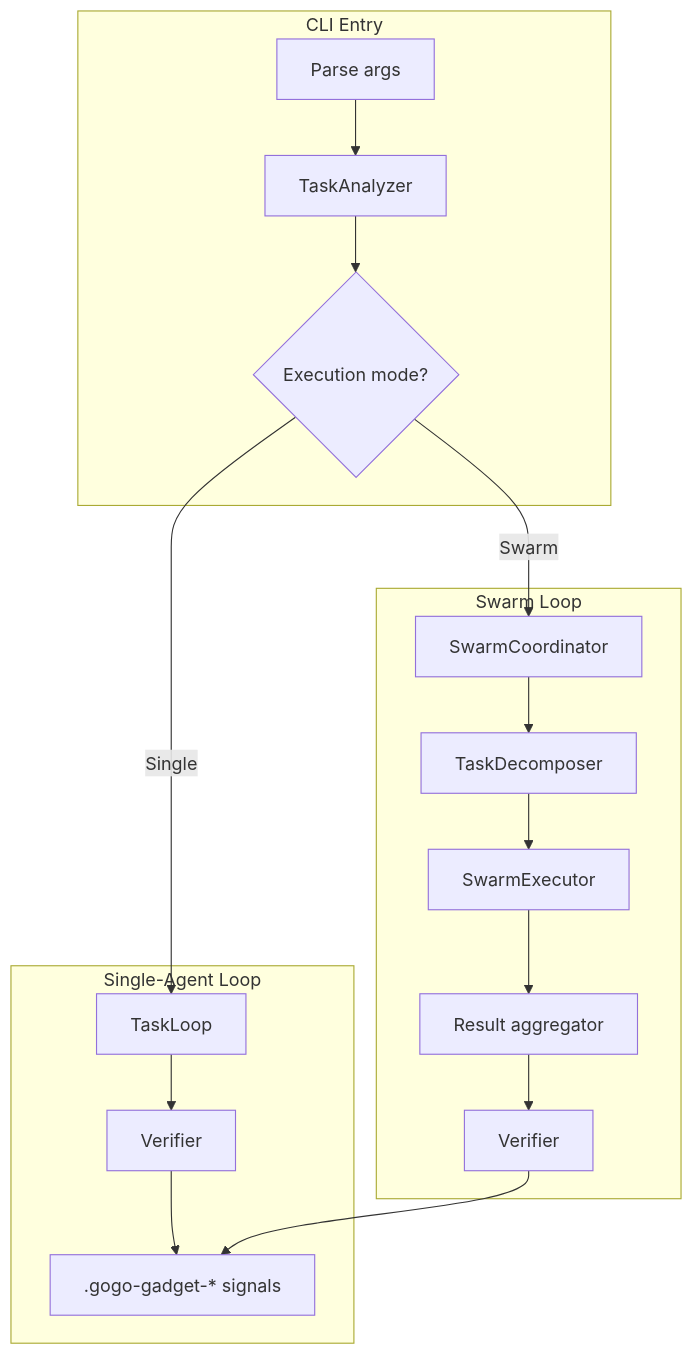
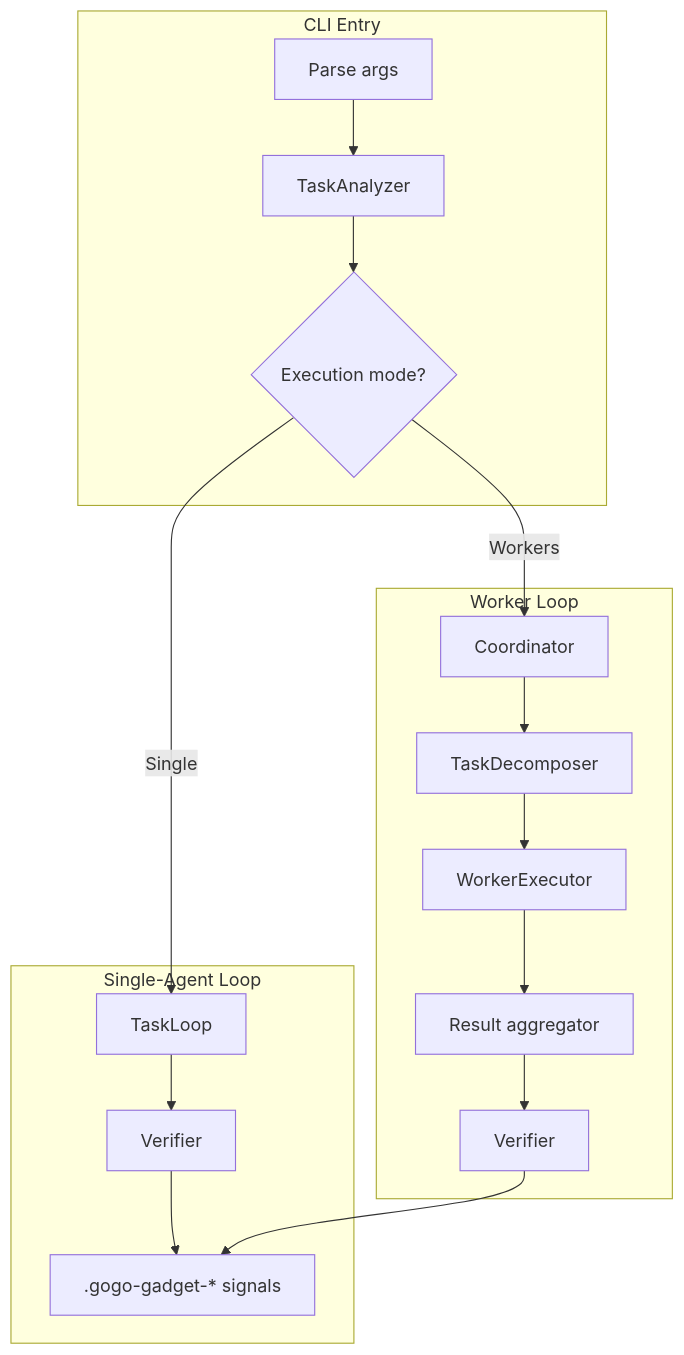
The first of 3 diagrams in README.md (perrywinkle1/gogo-gadget), drawn with Mermaid before and after one commit. The commit also changed other lines of this file and 4 other files, not shown here.

````diff
--- a/README.md
+++ b/README.md
@@ -60,31 +60,31 @@
 ```mermaid
 flowchart TB
     subgraph CLI[CLI Entry]
         Args[Parse args]
         Analyze[TaskAnalyzer]
         Mode{Execution mode?}
     end
 
     subgraph Single[Single-Agent Loop]
         TL[TaskLoop]
         Verify[Verifier]
         Signals[.gogo-gadget-* signals]
     end
 
-    subgraph Swarm[Swarm Loop]
-        Coord[SwarmCoordinator]
+    subgraph Workers[Worker Loop]
+        Coord[Coordinator]
         Decompose[TaskDecomposer]
-        Execute[SwarmExecutor]
+        Execute[WorkerExecutor]
         Aggregate[Result aggregator]
-        VerifySwarm[Verifier]
+        VerifyWorkers[Verifier]
     end
 
     Args --> Analyze --> Mode
     Mode -->|Single| TL
-    Mode -->|Swarm| Coord
+    Mode -->|Workers| Coord
 
     TL --> Verify --> Signals
 
-    Coord --> Decompose --> Execute --> Aggregate --> VerifySwarm
-    VerifySwarm --> Signals
+    Coord --> Decompose --> Execute --> Aggregate --> VerifyWorkers
+    VerifyWorkers --> Signals
 ```
````
